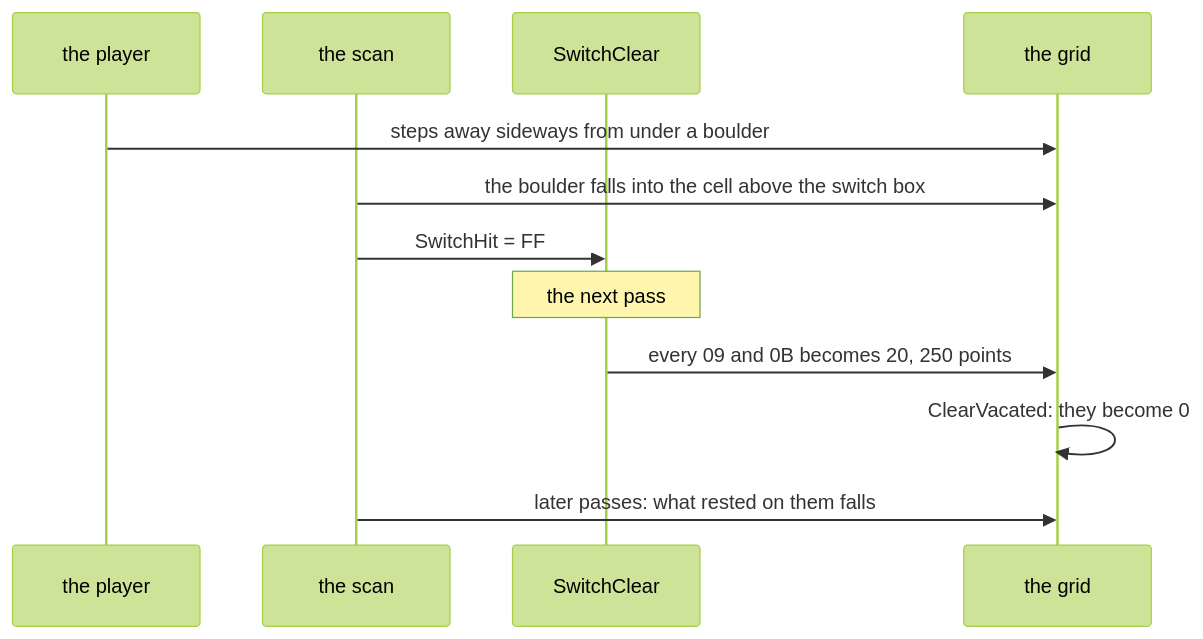
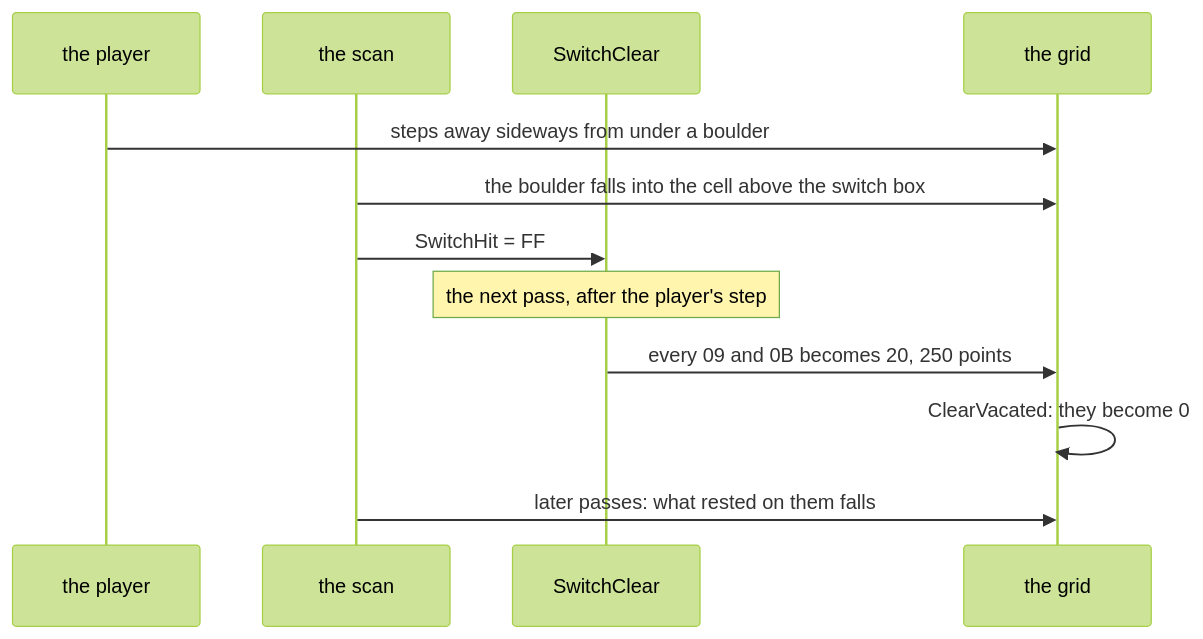
One commit to alfishe/unrealng-reverse-cases changed the seventh of 17 diagrams in games/earth-shaker/docs/10-gameplay-logic.md. Above: the diagram before and after it, drawn with Mermaid (forest theme). The commit also changed other lines of this file and 31 other files, not shown here.

````diff
--- a/games/earth-shaker/docs/10-gameplay-logic.md
+++ b/games/earth-shaker/docs/10-gameplay-logic.md
@@ -781,14 +789,14 @@
 ```mermaid
 sequenceDiagram
     participant Pl as the player
     participant Sc as the scan
     participant Sw as SwitchClear
     participant G as the grid
     Pl->>G: steps away sideways from under a boulder
     Sc->>G: the boulder falls into the cell above the switch box
     Sc->>Sw: SwitchHit = FF
-    Note over Sw: the next pass
+    Note over Sw: the next pass, after the player's step
     Sw->>G: every 09 and 0B becomes 20, 250 points
     G->>G: ClearVacated: they become 0
     Sc->>G: later passes: what rested on them falls
 ```
````
